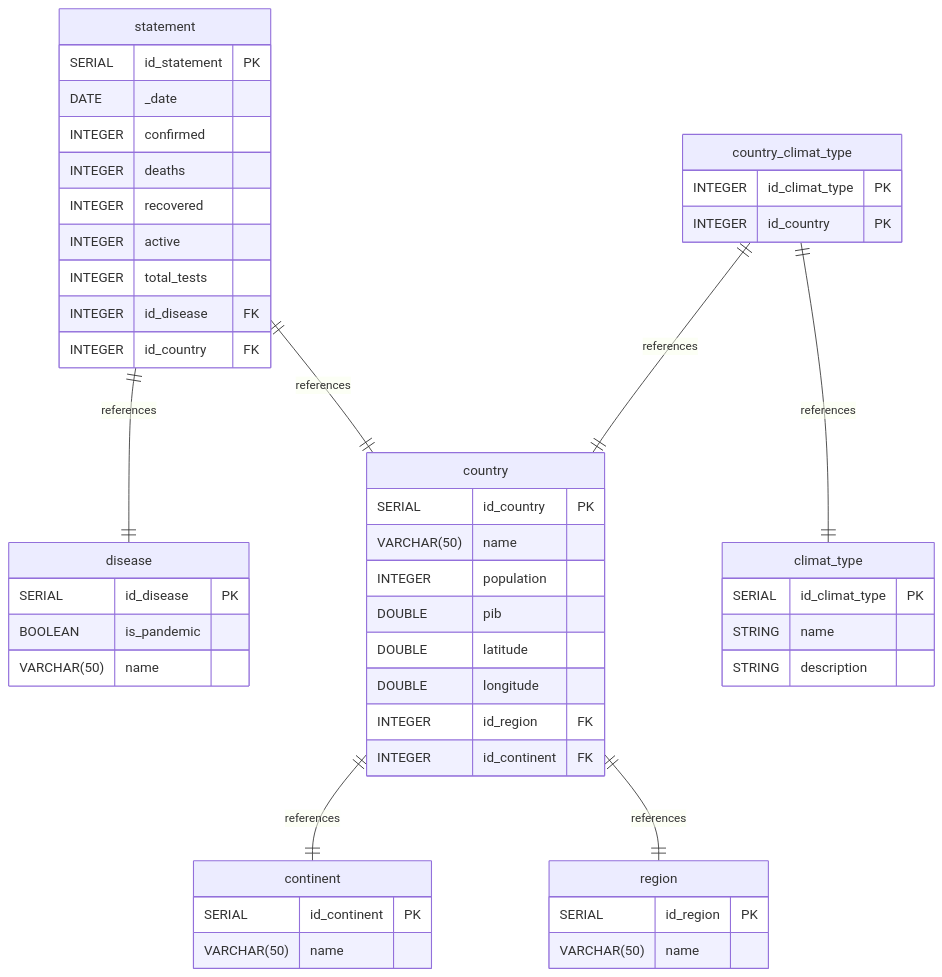
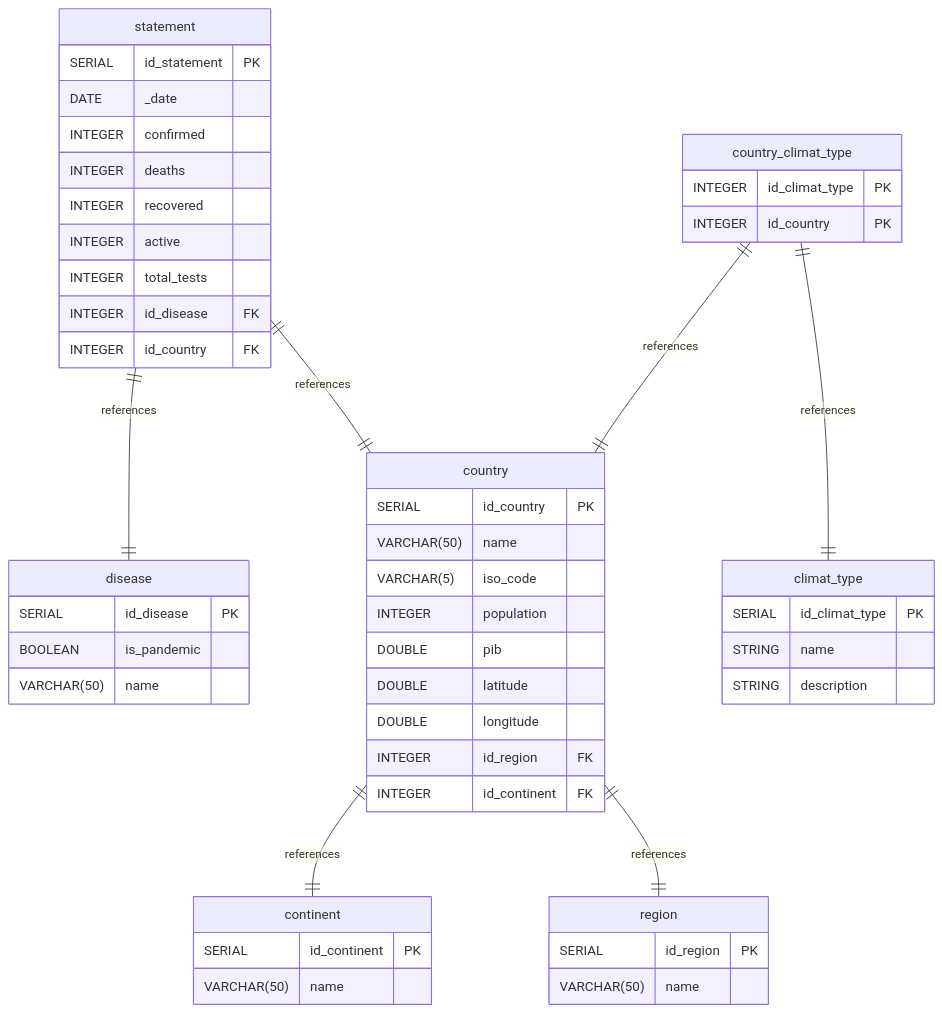
One commit to leosdlp/MSPR-501 changed the diagram in postgres/database/MCD.md. Above: the diagram before and after it, drawn with Mermaid. The commit also changed 2 other files, not shown here.

Commit message:
add iso_code column in database

````diff
--- a/postgres/database/MCD.md
+++ b/postgres/database/MCD.md
@@ -1,58 +1,59 @@
 ```mermaid
 erDiagram
     disease {
         SERIAL id_disease PK
         BOOLEAN is_pandemic
         VARCHAR(50) name
     }
 
     statement {
         SERIAL id_statement PK
         DATE _date
         INTEGER confirmed
         INTEGER deaths
         INTEGER recovered
         INTEGER active
         INTEGER total_tests
         INTEGER id_disease FK
         INTEGER id_country FK
     }
     statement ||--|| disease : "references"
     statement ||--|| country : "references"
 
     region {
         SERIAL id_region PK
         VARCHAR(50) name
     }
 
     continent {
         SERIAL id_continent PK
         VARCHAR(50) name
     }
 
     country {
         SERIAL id_country PK
         VARCHAR(50) name
+        VARCHAR(5) iso_code
         INTEGER population
         DOUBLE pib
         DOUBLE latitude
         DOUBLE longitude
         INTEGER id_region FK
         INTEGER id_continent FK
     }
     country ||--|| continent : "references"
     country ||--|| region : "references"
 
     climat_type {
         SERIAL id_climat_type PK
         STRING name
         STRING description
     }
 
     country_climat_type {
         INTEGER id_climat_type PK
         INTEGER id_country PK
     }
     country_climat_type ||--|| climat_type : "references"
     country_climat_type ||--|| country : "references"
 ```
````
